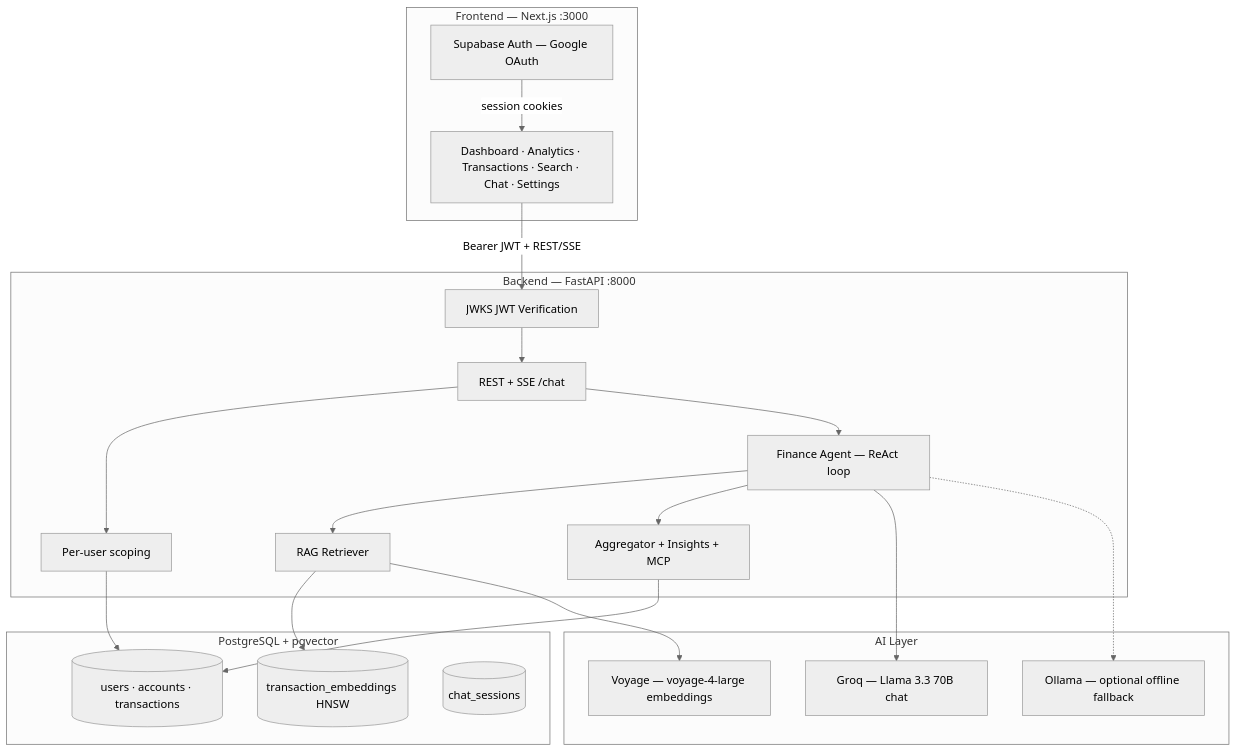
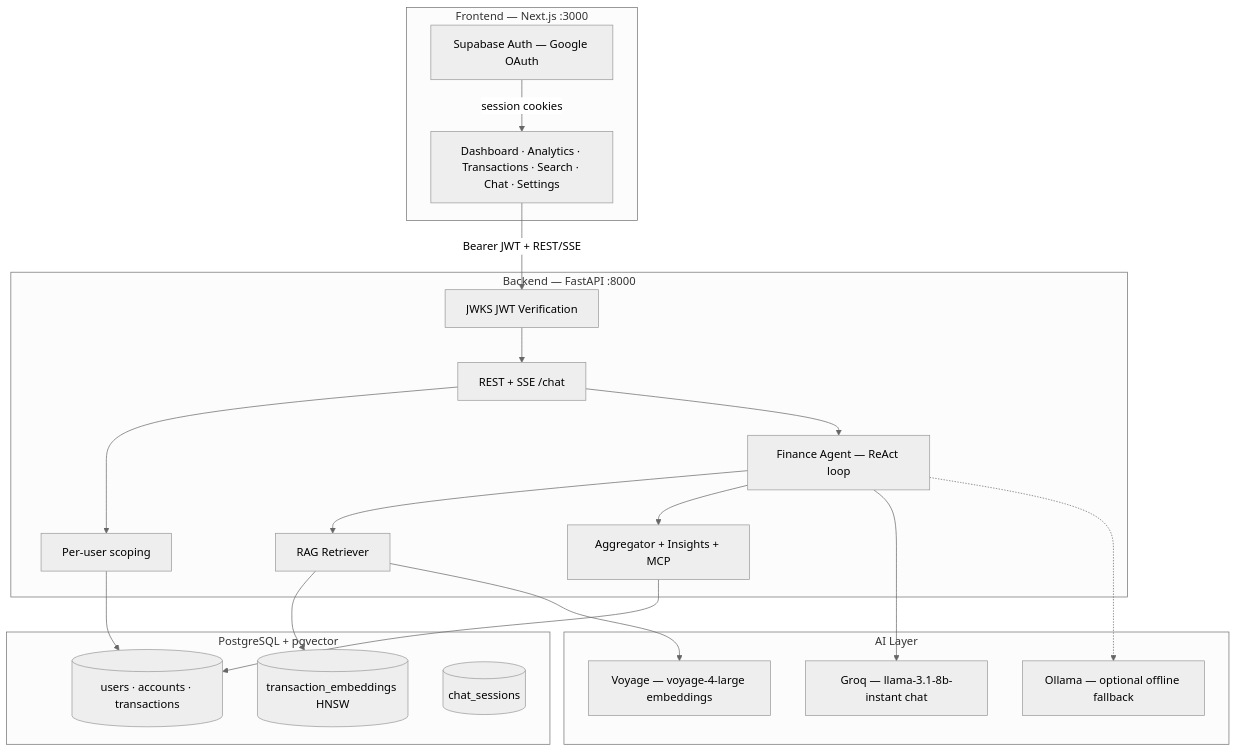
Before and after one commit to Arsalan-05/FinSight_AI: the diagram in DOCUMENTATION.md, drawn with Mermaid (neutral theme). The commit also changed other lines of this file and 5 other files, not shown here.

First line of the commit message:
docs: sync guides with Groq 8B, alerts, search reindex, deploy flow

````diff
--- a/DOCUMENTATION.md
+++ b/DOCUMENTATION.md
@@ -181,42 +181,42 @@
 ```mermaid
 flowchart TB
     subgraph client [Frontend — Next.js :3000]
         UI[Dashboard · Analytics · Transactions · Search · Chat · Settings]
         AuthUI[Supabase Auth — Google OAuth]
     end
 
     subgraph api [Backend — FastAPI :8000]
         JWT[JWKS JWT Verification]
         Routes[REST + SSE /chat]
         Scope[Per-user scoping]
         Agent[Finance Agent — ReAct loop]
         RAG[RAG Retriever]
         Tools[Aggregator + Insights + MCP]
     end
 
     subgraph data [PostgreSQL + pgvector]
         Rel[(users · accounts · transactions)]
         Vec[(transaction_embeddings HNSW)]
         Sessions[(chat_sessions)]
     end
 
     subgraph llm [AI Layer]
-        Groq[Groq — Llama 3.3 70B chat]
+        Groq[Groq — llama-3.1-8b-instant chat]
         Voyage[Voyage — voyage-4-large embeddings]
         Ollama[Ollama — optional offline fallback]
     end
 
     AuthUI -->|session cookies| UI
     UI -->|Bearer JWT + REST/SSE| JWT
     JWT --> Routes
     Routes --> Scope
     Scope --> Rel
     Routes --> Agent
     Agent --> RAG
     Agent --> Tools
     RAG --> Vec
     Tools --> Rel
     Agent --> Groq
     RAG --> Voyage
     Agent -.-> Ollama
 ```
````
